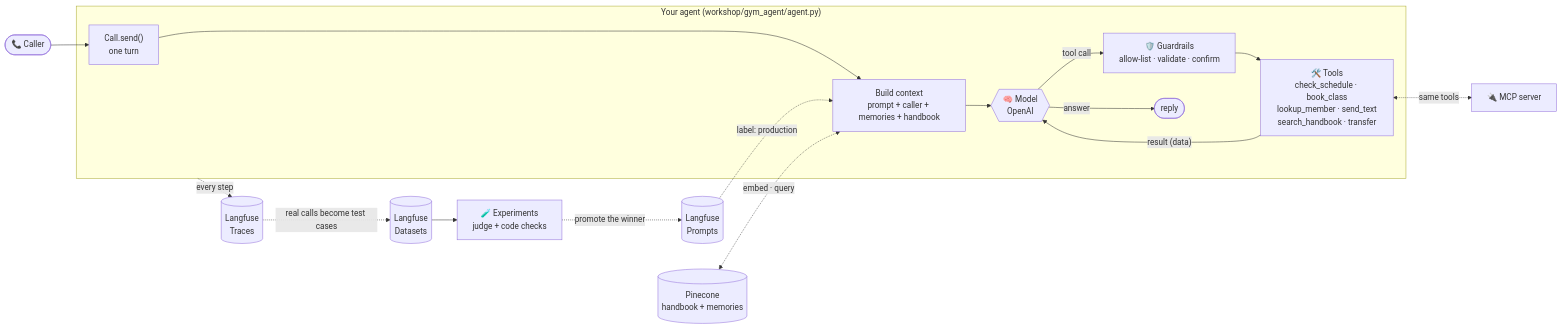
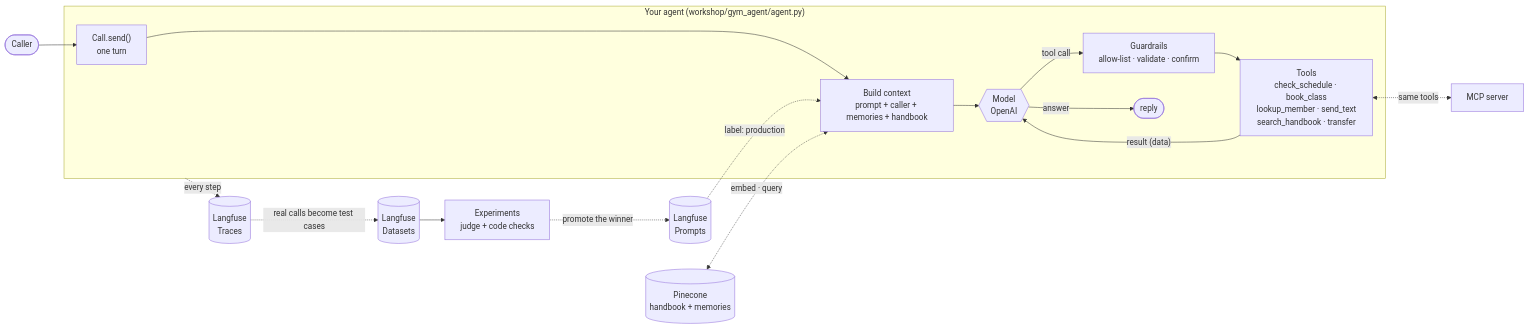
The diagram in README.md (jasonsheinkopf/LLM-Agents-Workshop), drawn with Mermaid before and after one commit. The commit also changed other lines of this file and 22 other files, not shown here.

````diff
--- a/README.md
+++ b/README.md
@@ -91,21 +231,21 @@
 ```mermaid
 flowchart LR
-    caller([📞 Caller]) --> turn
+    caller([Caller]) --> turn
 
     subgraph agent["Your agent  (workshop/gym_agent/agent.py)"]
         turn["Call.send()<br/>one turn"] --> ctx["Build context<br/>prompt + caller + memories + handbook"]
-        ctx --> model{{"🧠 Model<br/>OpenAI"}}
-        model -- "tool call" --> guard["🛡️ Guardrails<br/>allow-list · validate · confirm"]
-        guard --> tools["🛠️ Tools<br/>check_schedule · book_class<br/>lookup_member · send_text<br/>search_handbook · transfer"]
+        ctx --> model{{"Model<br/>OpenAI"}}
+        model -- "tool call" --> guard["Guardrails<br/>allow-list · validate · confirm"]
+        guard --> tools["Tools<br/>check_schedule · book_class<br/>lookup_member · send_text<br/>search_handbook · transfer"]
         tools -- "result (data)" --> model
         model -- "answer" --> reply([reply])
     end
 
     prompts[("Langfuse<br/>Prompts")] -. "label: production" .-> ctx
     pinecone[("Pinecone<br/>handbook + memories")] <-. "embed · query" .-> ctx
     agent -. "every step" .-> traces[("Langfuse<br/>Traces")]
     traces -. "real calls become test cases" .-> datasets[("Langfuse<br/>Datasets")]
-    datasets --> exp["🧪 Experiments<br/>judge + code checks"]
+    datasets --> exp["Experiments<br/>judge + code checks"]
     exp -. "promote the winner" .-> prompts
-    tools <-. "same tools" .-> mcp["🔌 MCP server"]
+    tools <-. "same tools" .-> mcp["MCP server"]
 ```
````
